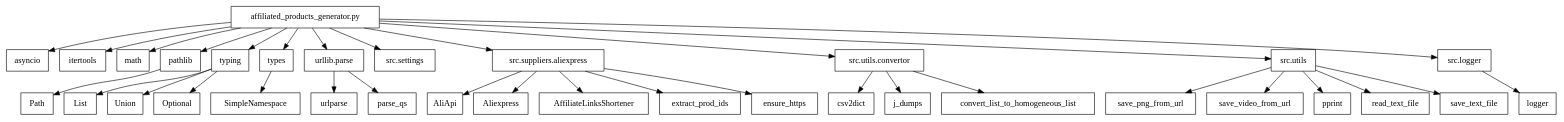
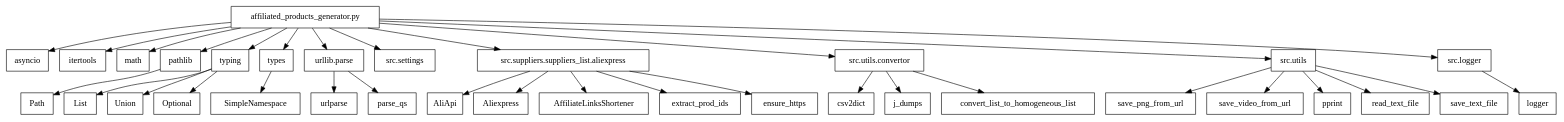
One commit to hypo69/hypotez changed the diagram in src/suppliers/suppliers_list/aliexpress/_dot/affiliated_products_generator.dot. Above: the diagram before and after it, drawn with Graphviz. The commit also changed 256 other files, not shown here.

```diff
--- a/src/suppliers/suppliers_list/aliexpress/_dot/affiliated_products_generator.dot
+++ b/src/suppliers/suppliers_list/aliexpress/_dot/affiliated_products_generator.dot
@@ -1,61 +1,61 @@
 
 digraph dependencies {
     node [shape=box];
     
     affiliated_products_generator [label="affiliated_products_generator.py"];
 
     asyncio [label="asyncio"];
     itertools [label="itertools"];
     math [label="math"];
     pathlib [label="pathlib"];
     typing [label="typing"];
     types [label="types"];
     urllib_parse [label="urllib.parse"];
     src_settings [label="src.settings"];
-    src_suppliers_aliexpress [label="src.suppliers.aliexpress"];
+    src_suppliers_aliexpress [label="src.suppliers.suppliers_list.aliexpress"];
     src_utils_convertor [label="src.utils.convertor"];
     src_utils [label="src.utils"];
     src_logger [label="src.logger"];
 
     affiliated_products_generator -> asyncio;
     affiliated_products_generator -> itertools;
     affiliated_products_generator -> math;
     affiliated_products_generator -> pathlib;
     affiliated_products_generator -> typing;
     affiliated_products_generator -> types;
     affiliated_products_generator -> urllib_parse;
     affiliated_products_generator -> src_settings;
     affiliated_products_generator -> src_suppliers_aliexpress;
     affiliated_products_generator -> src_utils_convertor;
     affiliated_products_generator -> src_utils;
     affiliated_products_generator -> src_logger;
 
     pathlib -> Path;
     
     typing -> List;
     typing -> Union;
     typing -> Optional;
 
     types -> SimpleNamespace;
 
     urllib_parse -> urlparse;
     urllib_parse -> parse_qs;
 
     src_suppliers_aliexpress -> AliApi;
     src_suppliers_aliexpress -> Aliexpress;
     src_suppliers_aliexpress -> AffiliateLinksShortener;
     src_suppliers_aliexpress -> extract_prod_ids;
     src_suppliers_aliexpress -> ensure_https;
 
     src_utils_convertor -> csv2dict;
     src_utils_convertor -> j_dumps;
     src_utils_convertor -> convert_list_to_homogeneous_list;
 
     src_utils -> save_png_from_url;
     src_utils -> save_video_from_url;
     src_utils -> pprint;
     src_utils -> read_text_file;
     src_utils -> save_text_file;
 
     src_logger -> logger;
 }
```
